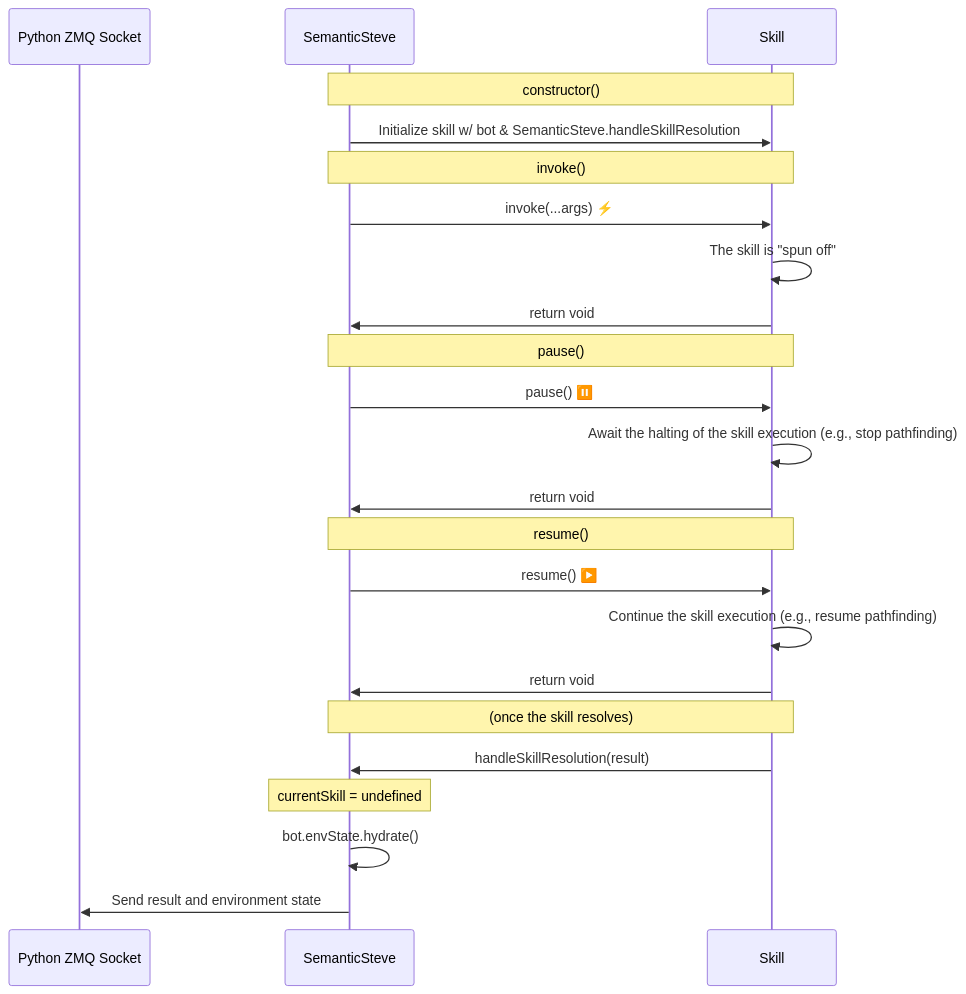
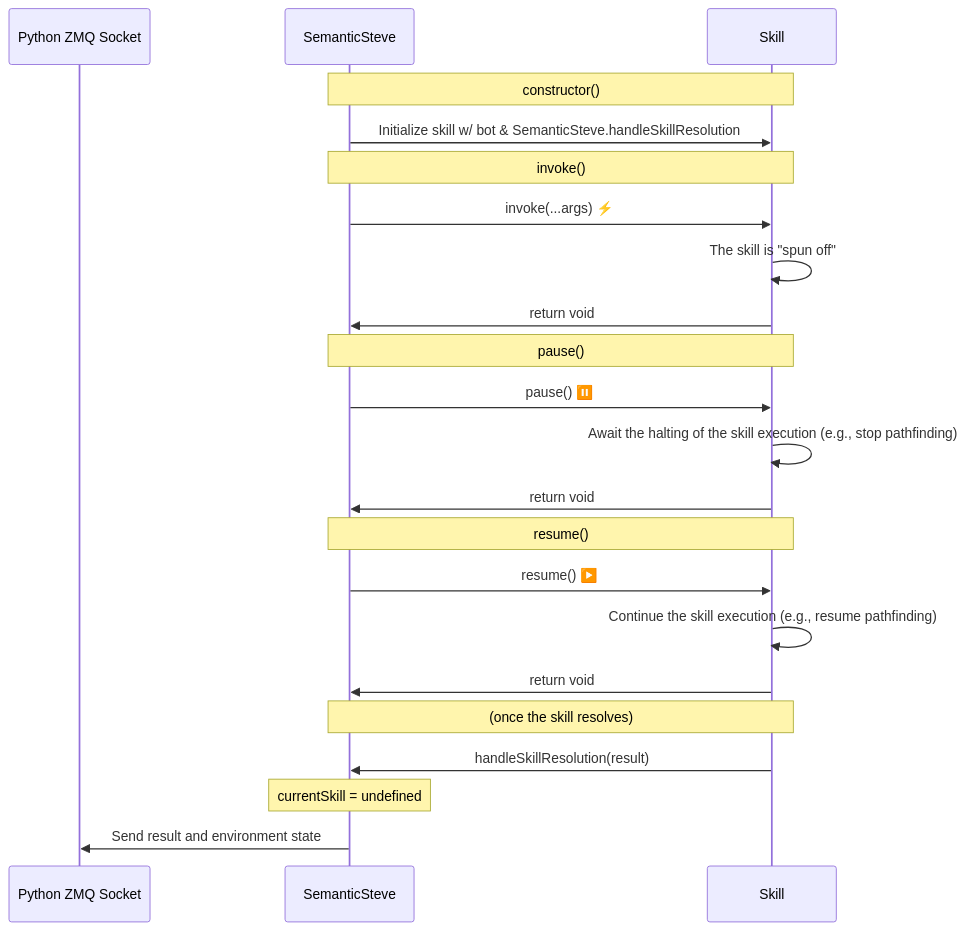
Before and after one commit to sonnygeorge/semantic-steve: the second of 2 diagrams in semantic_steve/js/README.md, drawn with Mermaid. The commit also changed 58 other files, not shown here.

````diff
--- a/semantic_steve/js/README.md
+++ b/semantic_steve/js/README.md
@@ -61,30 +61,29 @@
 ```mermaid
 sequenceDiagram
     participant Python as Python ZMQ Socket
     participant SS as SemanticSteve
     participant Skill as Skill
 
     Note over SS,Skill: constructor()
     SS->>Skill: Initialize skill w/ bot & SemanticSteve.handleSkillResolution
 
     Note over SS,Skill: invoke()
     SS->>Skill: invoke(...args) ⚡
     Skill->>Skill: The skill is "spun off"
     Skill->>SS: return void
 
     Note over SS,Skill: pause()
     SS->>Skill: pause() ⏸️
     Skill->>Skill: Await the halting of the skill execution (e.g., stop pathfinding)
     Skill->>SS: return void
 
     Note over SS,Skill: resume()
     SS->>Skill: resume() ▶️
     Skill->>Skill: Continue the skill execution (e.g., resume pathfinding)
     Skill->>SS: return void
 
     Note over SS,Skill: (once the skill resolves)
     Skill->>SS: handleSkillResolution(result)
     Note over SS: currentSkill = undefined
-    SS->>SS: bot.envState.hydrate()
     SS->>Python: Send result and environment state
 ```
````
